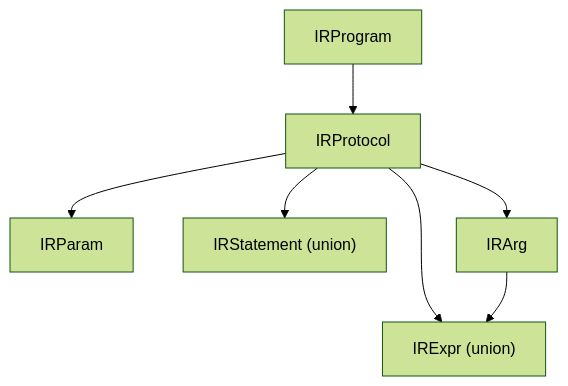
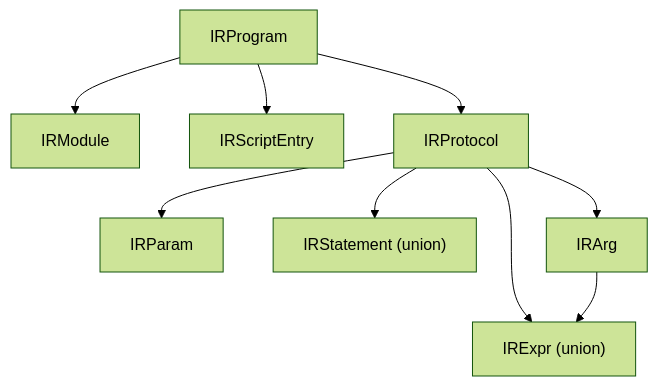
One commit to culsma/culsma changed the second of 6 diagrams in docs/architecture/pipeline/ir_structure_diagrams.md. Above: the diagram before and after it, drawn with Mermaid (forest theme). The commit also changed other lines of this file and 30 other files, not shown here.

Commit message:
feat: separate script entry execution

````diff
--- a/docs/architecture/pipeline/ir_structure_diagrams.md
+++ b/docs/architecture/pipeline/ir_structure_diagrams.md
@@ -39,16 +39,20 @@
 ```mermaid
 flowchart TB
     Program["IRProgram"]
+    Module["IRModule"]
+    Script["IRScriptEntry"]
     Protocol["IRProtocol"]
     Param["IRParam"]
     Statement["IRStatement (union)"]
     Expr["IRExpr (union)"]
     Arg["IRArg"]
 
     Program --> Protocol
+    Program --> Module
+    Program --> Script
     Protocol --> Param
     Protocol --> Statement
     Protocol --> Expr
     Protocol --> Arg
     Arg --> Expr
 ```
````
